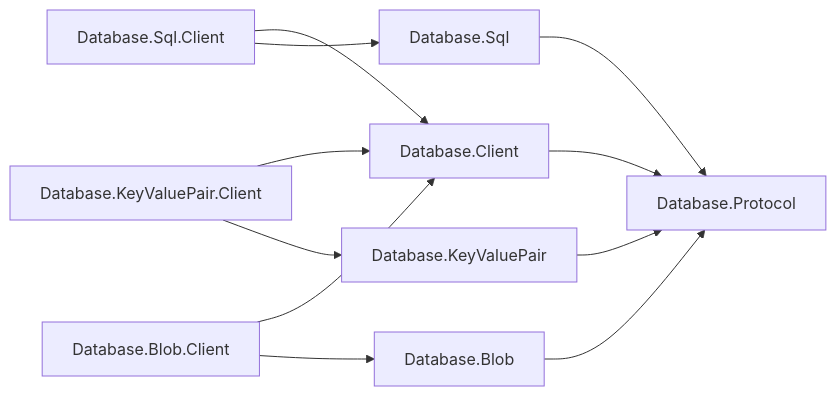
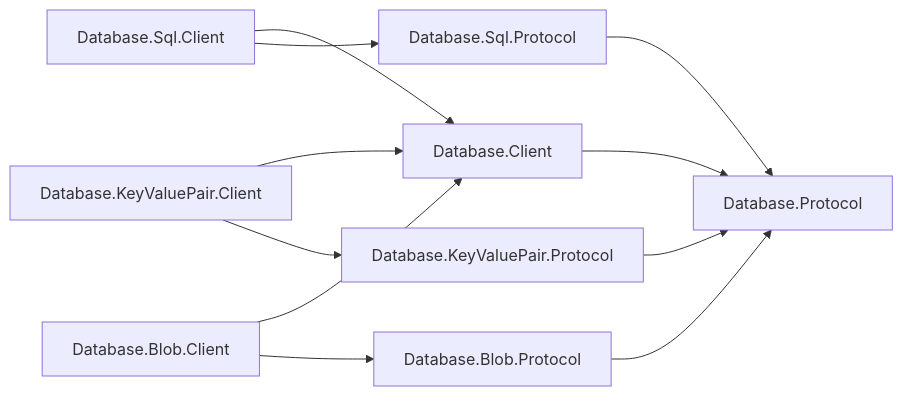
One commit to assimalign/cohesion-docs changed the first of 2 diagrams in docs/dotnet-apis/resources/database/assimalign-cohesion-database-client/design.md. Above: the diagram before and after it, drawn with Mermaid. The commit also changed other lines of this file and 360 other files, not shown here.

First line of the commit message:
docs(database): consolidated model packages, Protocol packages and client migration (#9)

````diff
--- a/docs/dotnet-apis/resources/database/assimalign-cohesion-database-client/design.md
+++ b/docs/dotnet-apis/resources/database/assimalign-cohesion-database-client/design.md
@@ -15,13 +27,13 @@
 ```mermaid
 flowchart LR
     SqlClient["Database.Sql.Client"] --> Client["Database.Client"]
-    SqlClient --> Sql["Database.Sql"]
+    SqlClient --> Sql["Database.Sql.Protocol"]
     KvClient["Database.KeyValuePair.Client"] --> Client
-    KvClient --> Kv["Database.KeyValuePair"]
+    KvClient --> Kv["Database.KeyValuePair.Protocol"]
     BlobClient["Database.Blob.Client"] --> Client
-    BlobClient --> Blob["Database.Blob"]
+    BlobClient --> Blob["Database.Blob.Protocol"]
     Client --> Protocol["Database.Protocol"]
     Sql --> Protocol
     Kv --> Protocol
     Blob --> Protocol
 ```
````
